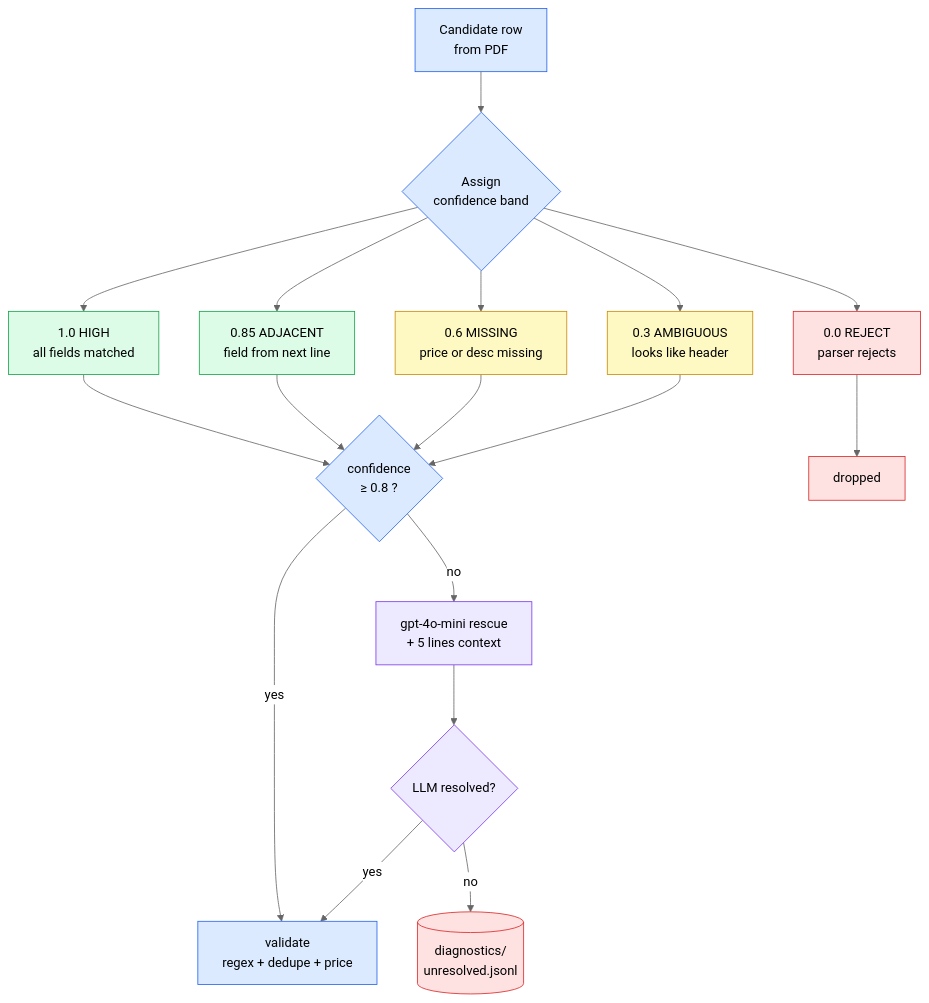
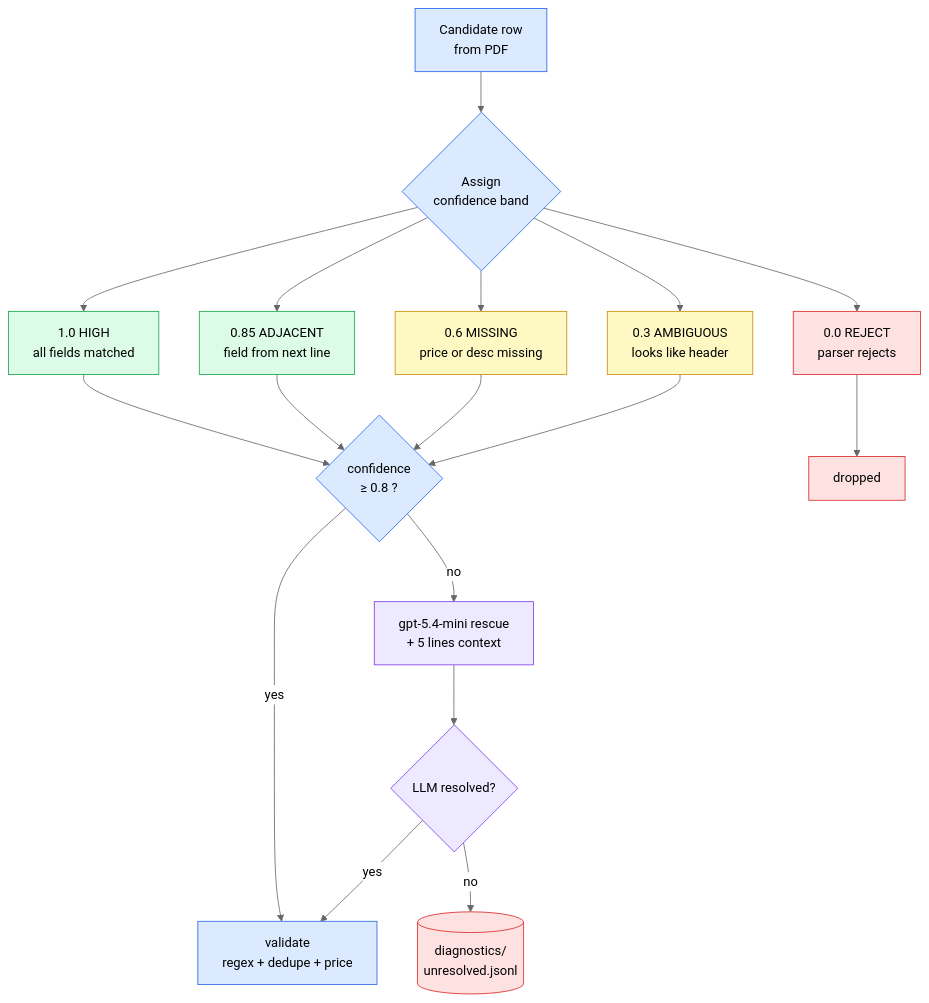
The third of 3 diagrams in README.md (Sinagz/fsc-ngs-ai), drawn with Mermaid (neutral theme) before and after one commit. The commit also changed other lines of this file and 4 other files, not shown here.

First line of the commit message:
feat: upgrade chat model to gpt-5.4-mini (extraction + Phase 2 reranker)

````diff
--- a/README.md
+++ b/README.md
@@ -200,43 +201,43 @@
 ```mermaid
 flowchart TD
     ROW["Candidate row<br/>from PDF"]
     CONF{"Assign<br/>confidence band"}
 
     H["1.0 HIGH<br/>all fields matched"]
     A["0.85 ADJACENT<br/>field from next line"]
     M["0.6 MISSING<br/>price or desc missing"]
     AM["0.3 AMBIGUOUS<br/>looks like header"]
     R["0.0 REJECT<br/>parser rejects"]
 
     GATE{"confidence<br/>≥ 0.8 ?"}
-    LLM["gpt-4o-mini rescue<br/>+ 5 lines context"]
+    LLM["gpt-5.4-mini rescue<br/>+ 5 lines context"]
     RESOLVED{"LLM resolved?"}
 
     VALID["validate<br/>regex + dedupe + price"]
     UNRES[("diagnostics/<br/>unresolved.jsonl")]
     DROP["dropped"]
 
     ROW --> CONF
     CONF --> H & A & M & AM & R
     H --> GATE
     A --> GATE
     M --> GATE
     AM --> GATE
     R --> DROP
     GATE -- yes --> VALID
     GATE -- no --> LLM --> RESOLVED
     RESOLVED -- yes --> VALID
     RESOLVED -- no --> UNRES
 
     classDef high fill:#dcfce7,stroke:#16a34a,color:#000
     classDef mid fill:#fef9c3,stroke:#ca8a04,color:#000
     classDef low fill:#fee2e2,stroke:#dc2626,color:#000
     classDef proc fill:#dbeafe,stroke:#2563eb,color:#000
     classDef llm fill:#ede9fe,stroke:#7c3aed,color:#000
 
     class H,A high
     class M,AM mid
     class R,DROP,UNRES low
     class ROW,CONF,GATE,VALID proc
     class LLM,RESOLVED llm
 ```
````
